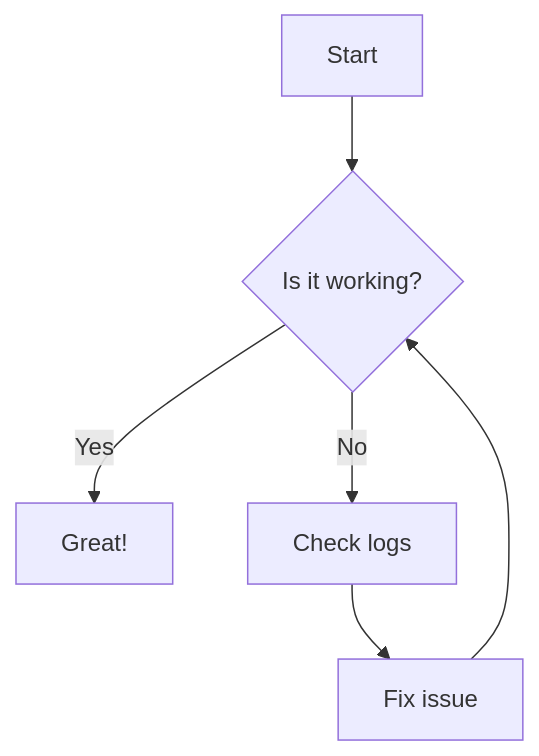
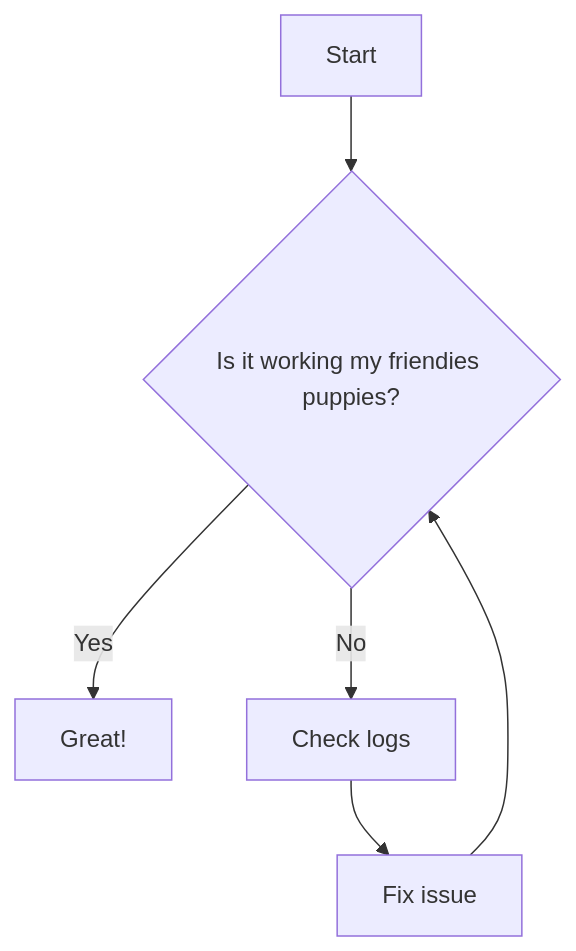
The diagram in mermaid-example/example.mmd (julsemaan/mermaid-live), drawn with Mermaid before and after one commit. The commit also changed 16 other files, not shown here.

```diff
--- a/mermaid-example/example.mmd
+++ b/mermaid-example/example.mmd
@@ -1,6 +1,6 @@
 flowchart TD
-    A[Start] --> B{Is it working?}
+    A[Start] --> B{Is it working my friendies puppies?}
     B -- Yes --> C[Great!]
     B -- No --> D[Check logs]
     D --> E[Fix issue]
     E --> B
```
